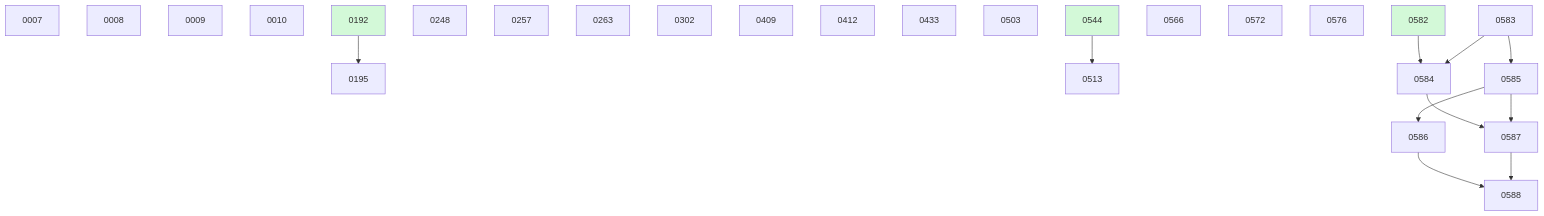
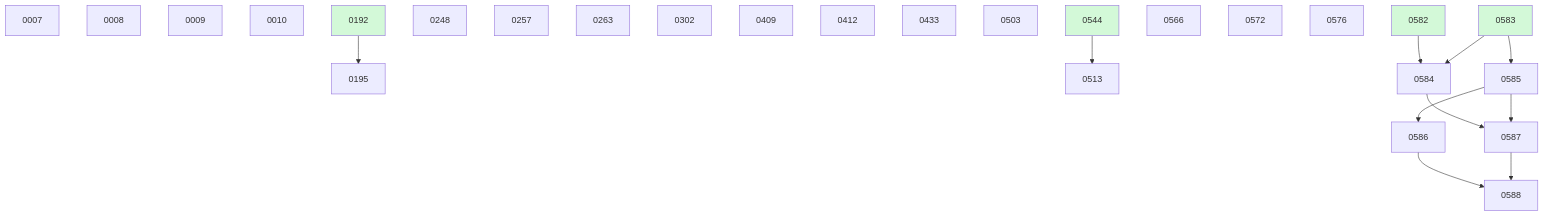
Before and after one commit to danielhanold/docket: the diagram in docs/changes/BOARD.md, drawn with Mermaid. The commit also changed other lines of this file and 4 other files, not shown here.

````diff
--- a/docs/changes/BOARD.md
+++ b/docs/changes/BOARD.md
@@ -43,33 +37,33 @@
 ```mermaid
 graph TD
   0007
   0008
   0009
   0010
   0192 --> 0195
   0248
   0257
   0263
   0302
   0409
   0412
   0433
   0503
   0544 --> 0513
   0566
   0572
   0576
-  0583
   0582 --> 0584
   0583 --> 0584
   0583 --> 0585
   0585 --> 0586
   0584 --> 0587
   0585 --> 0587
   0586 --> 0588
   0587 --> 0588
   0192:::done
   0544:::done
   0582:::done
+  0583:::done
   classDef done fill:#d3f9d8;
 ```
````
